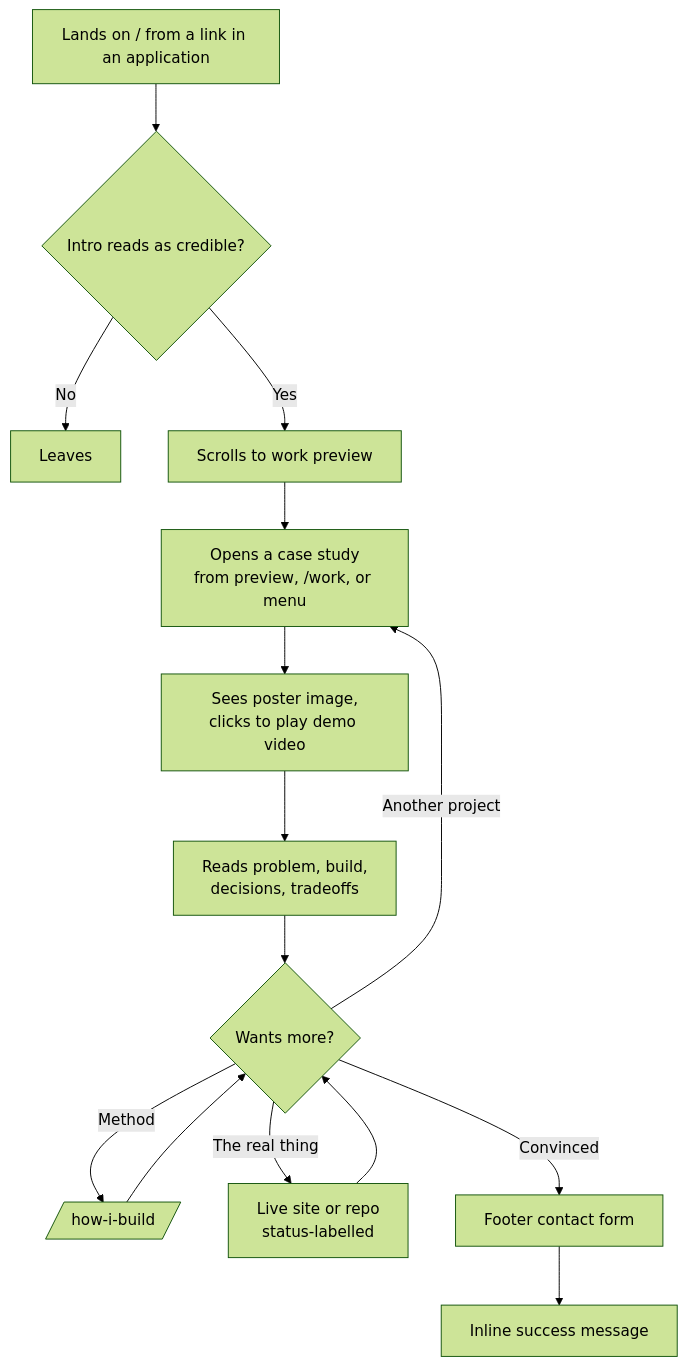
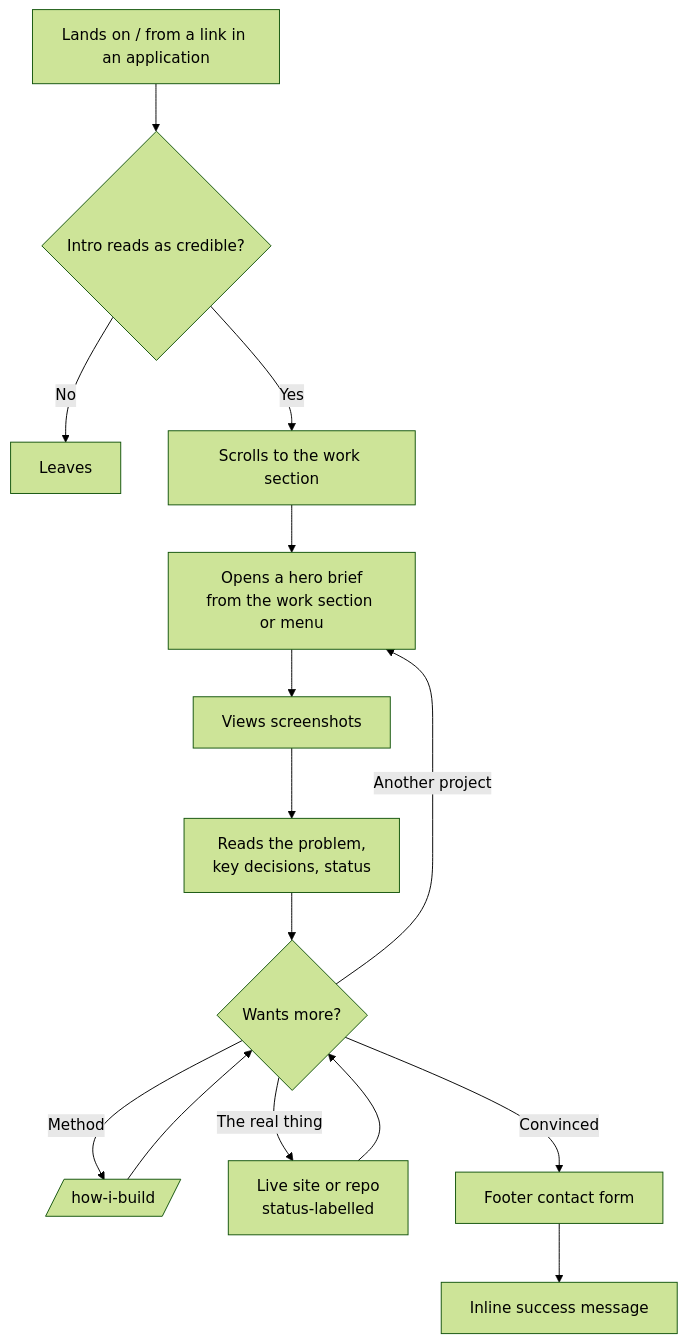
One commit to garyreyes/Portfolio changed the diagram in docs/user-flows.md. Above: the diagram before and after it, drawn with Mermaid (forest theme). The commit also changed other lines of this file and 8 other files, not shown here.

First line of the commit message:
Revise scope: 3 hero briefs + 1 card, screenshots over video

````diff
--- a/docs/user-flows.md
+++ b/docs/user-flows.md
@@ -100,17 +104,17 @@
 ```mermaid
 flowchart TD
     A[Lands on / from a link in an application] --> B{Intro reads as credible?}
     B -->|No| X[Leaves]
-    B -->|Yes| C[Scrolls to work preview]
-    C --> D[Opens a case study<br/>from preview, /work, or menu]
-    D --> E[Sees poster image,<br/>clicks to play demo video]
-    E --> F[Reads problem, build,<br/>decisions, tradeoffs]
+    B -->|Yes| C[Scrolls to the work section]
+    C --> D[Opens a hero brief<br/>from the work section or menu]
+    D --> E[Views screenshots]
+    E --> F[Reads the problem,<br/>key decisions, status]
     F --> G{Wants more?}
     G -->|Method| H[/how-i-build/]
     G -->|Another project| D
     G -->|The real thing| I[Live site or repo<br/>status-labelled]
     G -->|Convinced| J[Footer contact form]
     H --> G
     I --> G
     J --> K[Inline success message]
 ```
````
